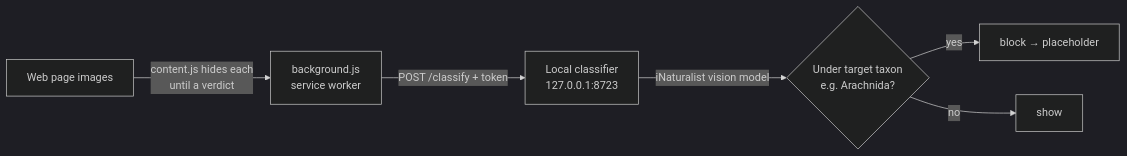
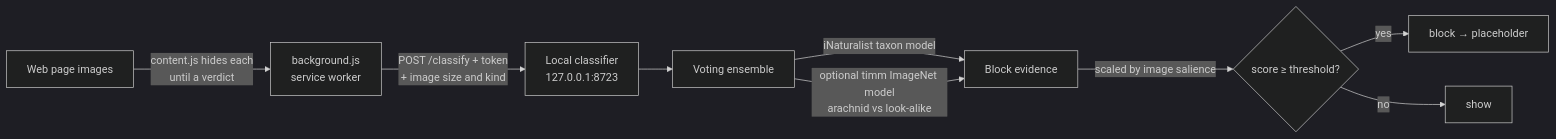
The diagram in README.md (mcb0035/imgedge), drawn with Mermaid (dark theme) before and after one commit. The commit also changed other lines of this file and 15 other files, not shown here.

First line of the commit message:
feat: voting ensemble with image-salience weighting + packaging

````diff
--- a/README.md
+++ b/README.md
@@ -13,8 +13,11 @@
 ```mermaid
 flowchart LR
     A[Web page images] -->|content.js hides each<br/>until a verdict| B[background.js<br/>service worker]
-    B -->|POST /classify + token| C[Local classifier<br/>127.0.0.1:8723]
-    C -->|iNaturalist vision model| D{Under target taxon<br/>e.g. Arachnida?}
+    B -->|POST /classify + token<br/>+ image size and kind| C[Local classifier<br/>127.0.0.1:8723]
+    C --> G[Voting ensemble]
+    G -->|iNaturalist taxon model| H[Block evidence]
+    G -->|optional timm ImageNet model<br/>arachnid vs look-alike| H
+    H -->|scaled by image salience| D{"score ≥ threshold?"}
     D -->|yes| E[block → placeholder]
     D -->|no| F[show]
 ```
````
